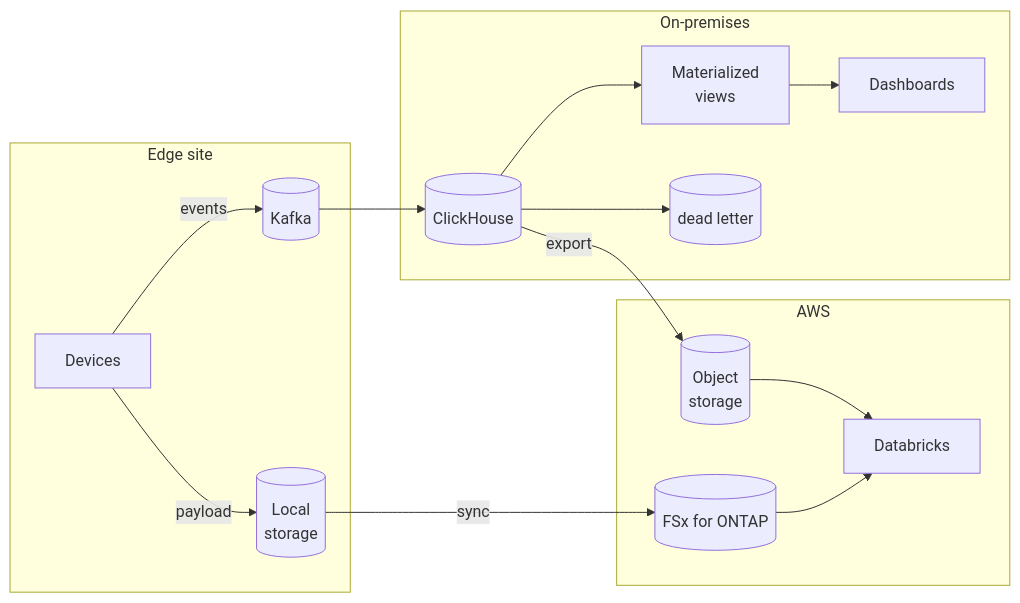
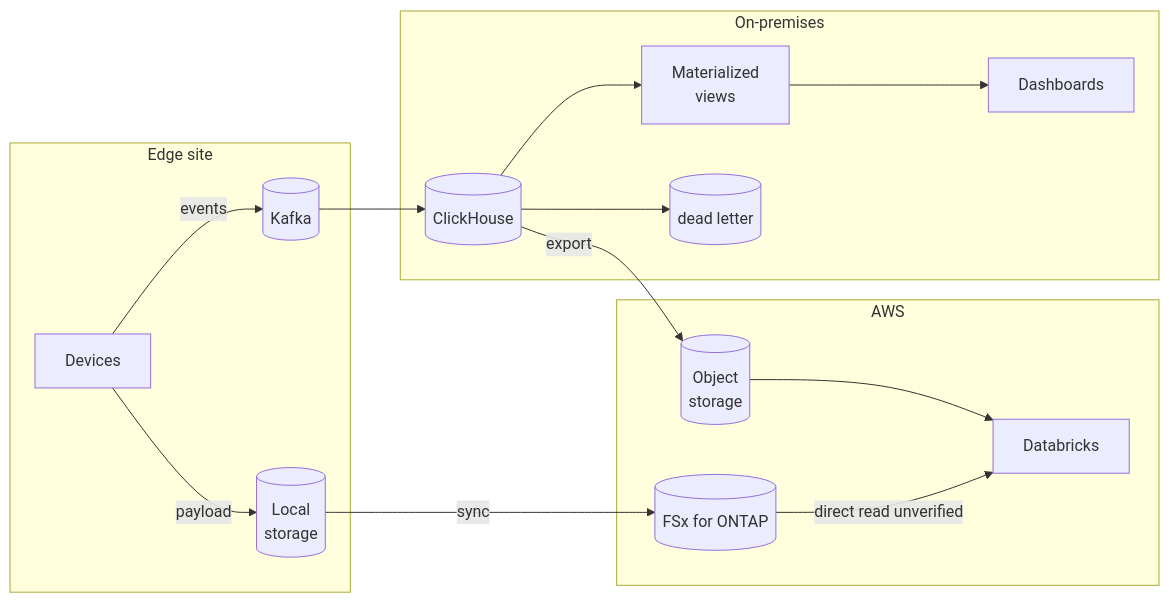
One commit to Yoshiki0705/ONTAP-Edge-to-Cloud-AI changed the diagram in docs/en/aws-patterns/04-near-realtime-manufacturing.md. Above: the diagram before and after it, drawn with Mermaid. The commit also changed other lines of this file and 42 other files, not shown here.

````diff
--- a/docs/en/aws-patterns/04-near-realtime-manufacturing.md
+++ b/docs/en/aws-patterns/04-near-realtime-manufacturing.md
@@ -26,19 +26,19 @@
 ```mermaid
 graph LR
   subgraph Edge["Edge site"]
     D[Devices] -->|events| K[(Kafka)]
     D -->|payload| LS[(Local<br/>storage)]
   end
   subgraph OnPrem["On-premises"]
     K --> CH[(ClickHouse)]
     CH --> MV[Materialized<br/>views]
     MV --> DASH[Dashboards]
     CH --> DLQ[(dead letter)]
   end
   subgraph Cloud["AWS"]
     LS -->|sync| FSX[(FSx for ONTAP)]
     CH -->|export| OBJ[(Object<br/>storage)]
     OBJ --> DBX[Databricks]
-    FSX --> DBX
+    FSX -->|direct read unverified| DBX
   end
 ```
````
